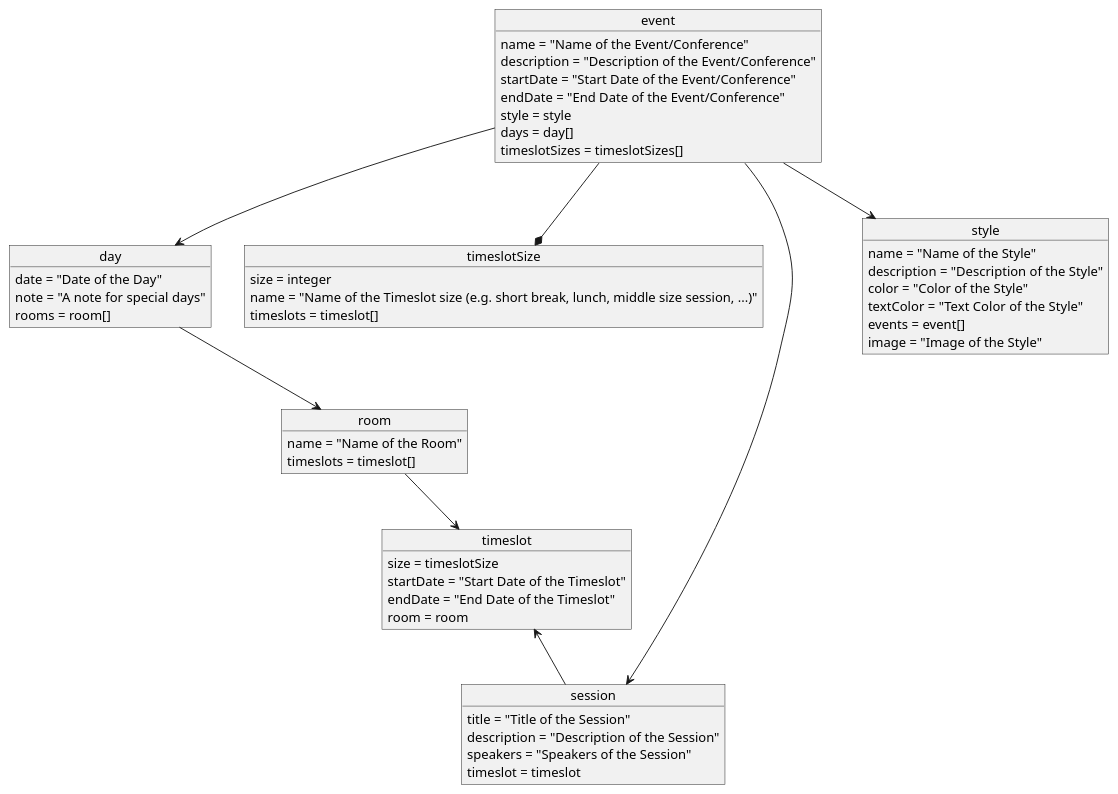
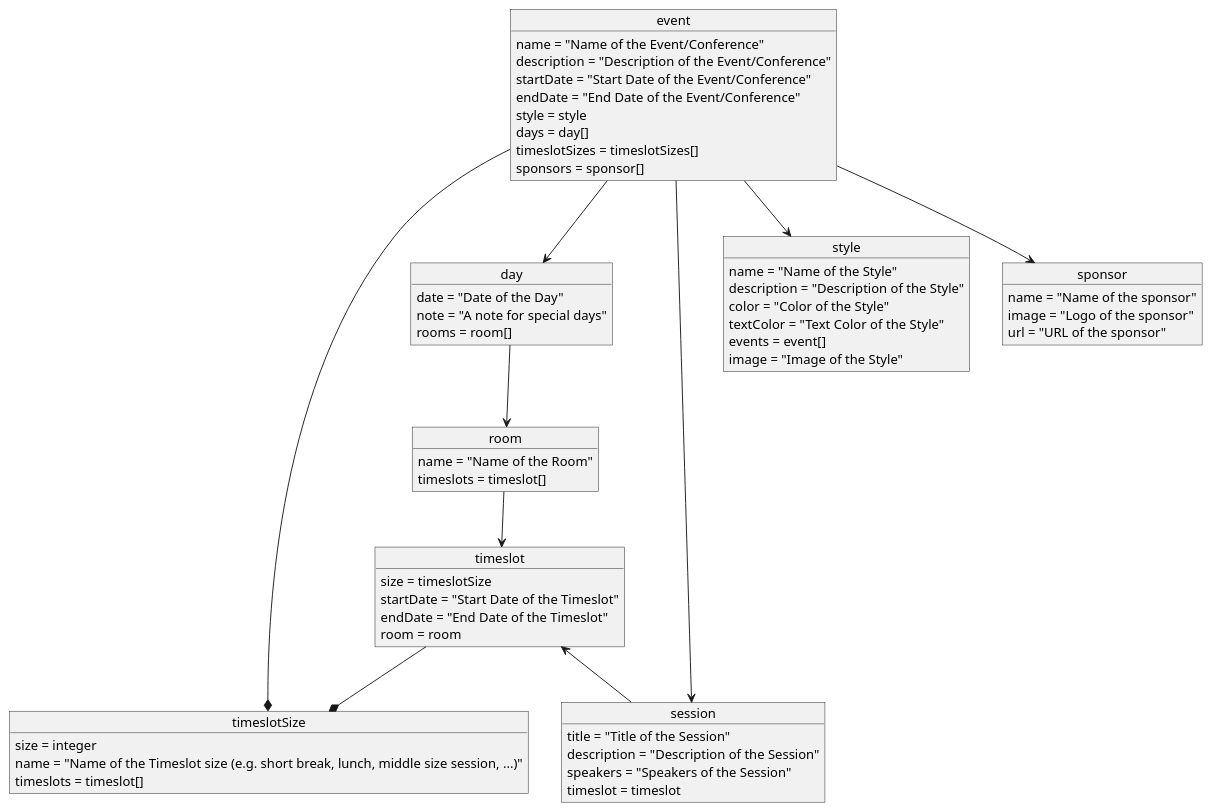
Before and after one commit to mayflower/oTTo: the diagram in docs/diagrams/business_models.puml, drawn with PlantUML. The commit also changed 1 other file, not shown here.

```diff
--- a/docs/diagrams/business_models.puml
+++ b/docs/diagrams/business_models.puml
@@ -1,57 +1,65 @@
 @startuml BusinessModels
 
 object event
 object day
 object room
 object timeslotSize
 object timeslot
 object session
 object style
+object sponsor
 
 event : name = "Name of the Event/Conference"
 event : description = "Description of the Event/Conference"
 event : startDate = "Start Date of the Event/Conference"
 event : endDate = "End Date of the Event/Conference"
 event : style = style
 event : days = day[]
 event : timeslotSizes = timeslotSizes[]
+event : sponsors = sponsor[]
+
+sponsor : name = "Name of the sponsor"
+sponsor : image = "Logo of the sponsor"
+sponsor : url = "URL of the sponsor"
 
 day : date = "Date of the Day"
 day : note = "A note for special days"
 day : rooms = room[]
 
 room : name = "Name of the Room"
 room : timeslots = timeslot[]
 
 timeslotSize : size = integer
 timeslotSize : name = "Name of the Timeslot size (e.g. short break, lunch, middle size session, ...)"
 timeslotSize : timeslots = timeslot[]
 
 timeslot : size = timeslotSize
 timeslot : startDate = "Start Date of the Timeslot"
 timeslot : endDate = "End Date of the Timeslot"
 timeslot : room = room
 
 session : title = "Title of the Session"
 session : description = "Description of the Session"
 session : speakers = "Speakers of the Session"
 session : timeslot = timeslot
 
 style : name = "Name of the Style"
 style : description = "Description of the Style"
 style : color = "Color of the Style"
 style : textColor = "Text Color of the Style"
 style : events = event[]
 style : image = "Image of the Style"
 
 event --> day
 event --> style
 event --* timeslotSize
 event --> session
+event --> sponsor
 
 day --> room
 
 room --> timeslot
 timeslot <-- session
+timeslot --* timeslotSize
 
 @enduml
```
